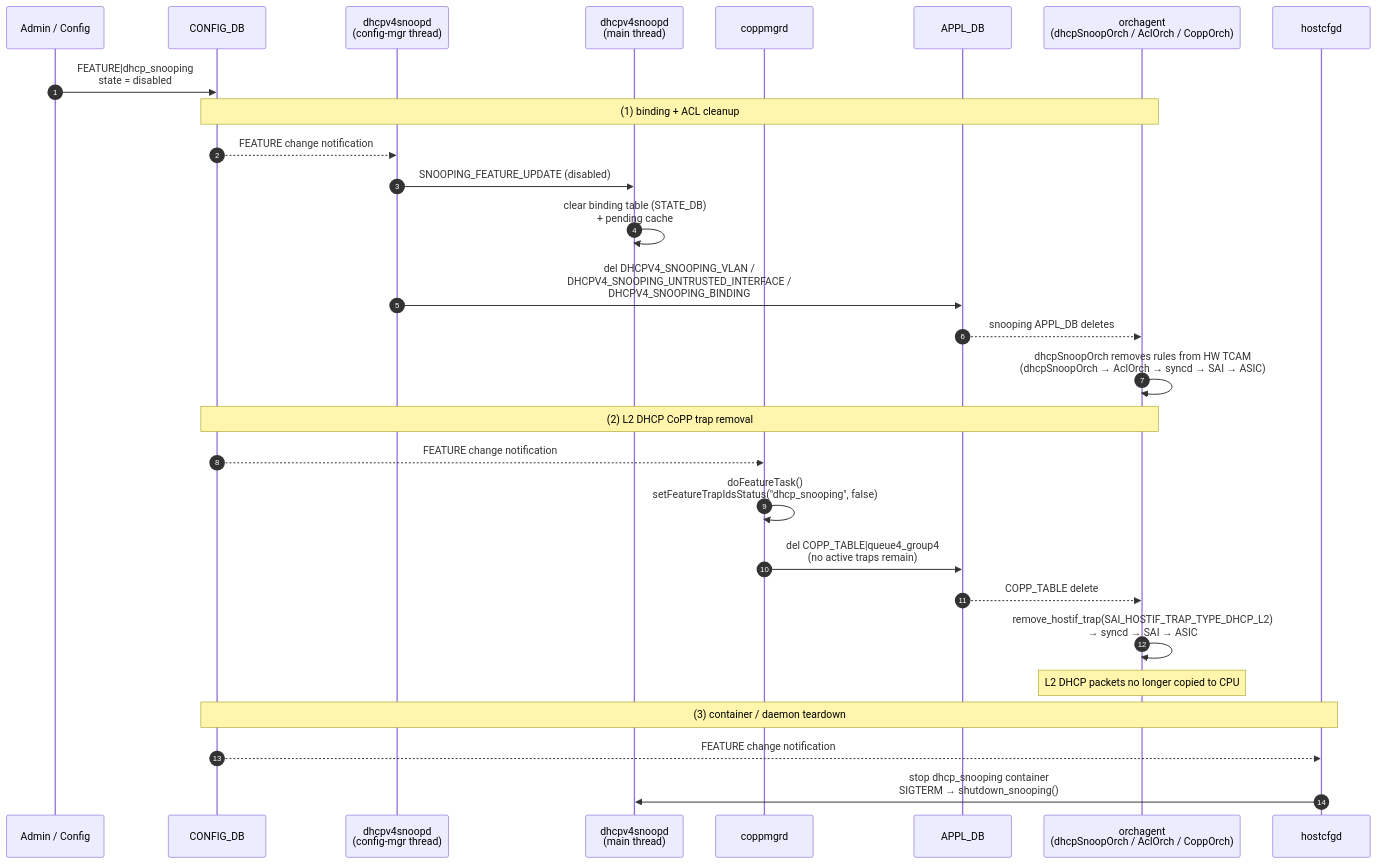
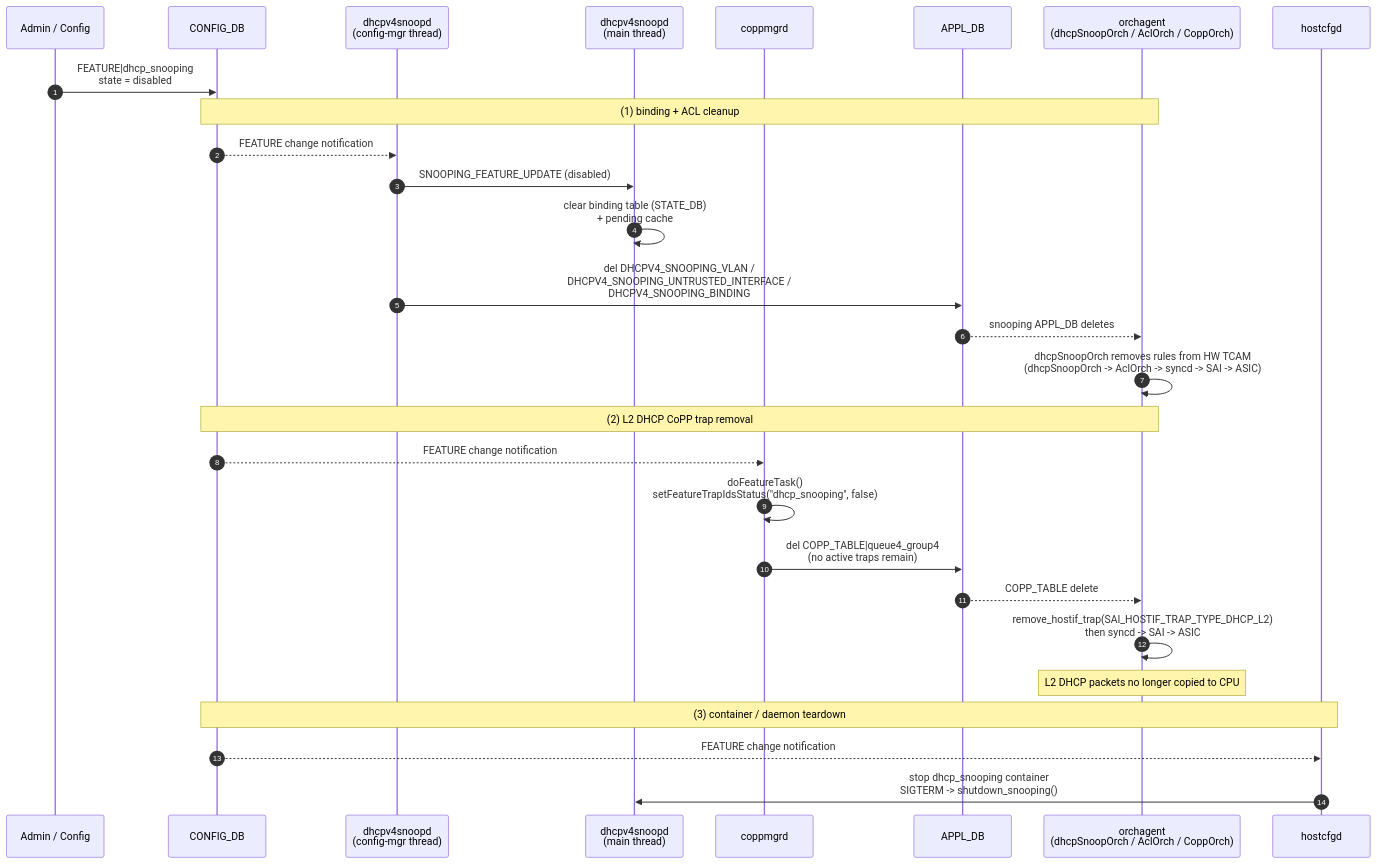
Before and after one commit to sonic-net/SONiC: the second of 19 diagrams in doc/DHCPv4_snooping/DHCPv4-snooping-hld.md, drawn with Mermaid. The commit also changed other lines of this file, not shown here.

````diff
--- a/doc/DHCPv4_snooping/DHCPv4-snooping-hld.md
+++ b/doc/DHCPv4_snooping/DHCPv4-snooping-hld.md
@@ -388,35 +388,35 @@
 ```mermaid
 sequenceDiagram
     autonumber
     participant ADM as Admin / Config
     participant CFG as CONFIG_DB
     participant MGR as dhcpv4snoopd<br/>(config-mgr thread)
     participant MAIN as dhcpv4snoopd<br/>(main thread)
     participant COPP as coppmgrd
     participant APPL as APPL_DB
     participant ORCH as orchagent<br/>(dhcpSnoopOrch / AclOrch / CoppOrch)
     participant HOST as hostcfgd
 
     ADM->>CFG: FEATURE|dhcp_snooping<br/>state = disabled
 
     Note over CFG,ORCH: (1) binding + ACL cleanup
     CFG-->>MGR: FEATURE change notification
     MGR->>MAIN: SNOOPING_FEATURE_UPDATE (disabled)
     MAIN->>MAIN: clear binding table (STATE_DB)<br/>+ pending cache
     MGR->>APPL: del DHCPV4_SNOOPING_VLAN /<br/>DHCPV4_SNOOPING_UNTRUSTED_INTERFACE /<br/>DHCPV4_SNOOPING_BINDING
     APPL-->>ORCH: snooping APPL_DB deletes
-    ORCH->>ORCH: dhcpSnoopOrch removes rules from HW TCAM<br/>(dhcpSnoopOrch → AclOrch → syncd → SAI → ASIC)
+    ORCH->>ORCH: dhcpSnoopOrch removes rules from HW TCAM<br/>(dhcpSnoopOrch -> AclOrch -> syncd -> SAI -> ASIC)
 
     Note over CFG,ORCH: (2) L2 DHCP CoPP trap removal
     CFG-->>COPP: FEATURE change notification
     COPP->>COPP: doFeatureTask()<br/>setFeatureTrapIdsStatus("dhcp_snooping", false)
     COPP->>APPL: del COPP_TABLE|queue4_group4<br/>(no active traps remain)
     APPL-->>ORCH: COPP_TABLE delete
-    ORCH->>ORCH: remove_hostif_trap(SAI_HOSTIF_TRAP_TYPE_DHCP_L2)<br/>→ syncd → SAI → ASIC
+    ORCH->>ORCH: remove_hostif_trap(SAI_HOSTIF_TRAP_TYPE_DHCP_L2)<br/>then syncd -> SAI -> ASIC
     Note over ORCH: L2 DHCP packets no longer copied to CPU
 
     Note over CFG,HOST: (3) container / daemon teardown
     CFG-->>HOST: FEATURE change notification
-    HOST->>MAIN: stop dhcp_snooping container<br/>SIGTERM → shutdown_snooping()
+    HOST->>MAIN: stop dhcp_snooping container<br/>SIGTERM -> shutdown_snooping()
 
 ```
````
